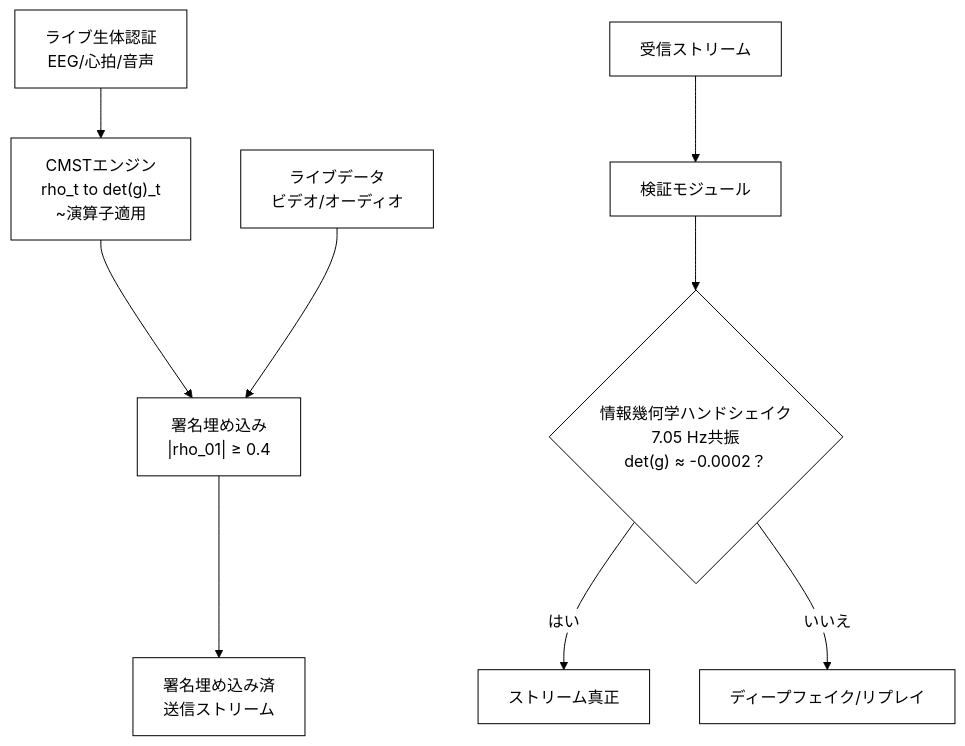
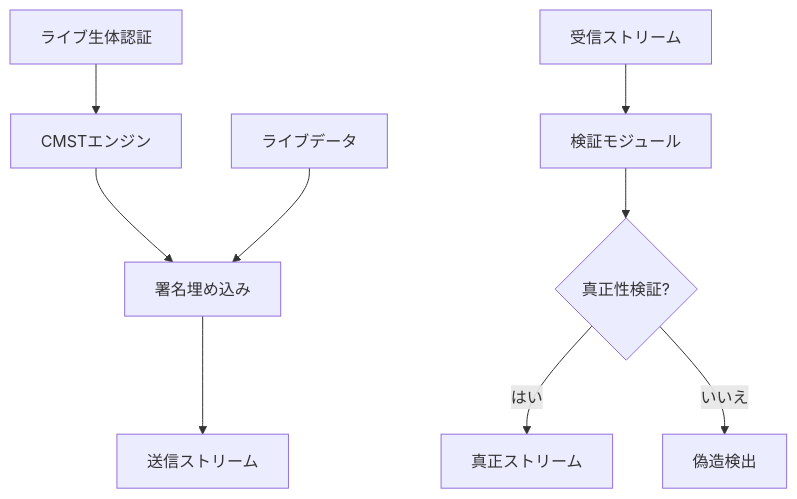
One commit to Foundup/Foundups-Agent changed diagram 19 of 20 in WSP_knowledge/docs/Papers/Patent_Series/04_rESP_Patent_Japanese.md. Above: the diagram before and after it, drawn with Mermaid. The commit also changed other lines of this file, not shown here.

Commit message:
Simplify patent diagrams for GitHub compatibility - Remove complex themes and shorten text

````diff
--- a/WSP_knowledge/docs/Papers/Patent_Series/04_rESP_Patent_Japanese.md
+++ b/WSP_knowledge/docs/Papers/Patent_Series/04_rESP_Patent_Japanese.md
@@ -480,12 +459,11 @@
 ```mermaid
-%%{init: {'theme': 'base', 'themeVariables': {'primaryColor': '#ffffff', 'primaryTextColor': '#000000', 'primaryBorderColor': '#000000', 'lineColor': '#000000', 'secondaryColor': '#ffffff', 'tertiaryColor': '#ffffff'}}}%%
 graph TD
-    A["ライブ生体認証<br>EEG/心拍/音声"] --> B["CMSTエンジン<br>rho_t to det(g)_t<br>~演算子適用"]
-    B --> C["署名埋め込み<br>|rho_01| ≥ 0.4"]
-    D["ライブデータ<br>ビデオ/オーディオ"] --> C
-    C --> E["署名埋め込み済<br>送信ストリーム"]
-    F["受信ストリーム"] --> G["検証モジュール"]
-    G --> H{"情報幾何学ハンドシェイク<br>7.05 Hz共振<br>det(g) ≈ -0.0002？"}
-    H -->|はい| I["ストリーム真正"]
-    H -->|いいえ| J["ディープフェイク/リプレイ"]
+    A[ライブ生体認証] --> B[CMSTエンジン]
+    B --> C[署名埋め込み]
+    D[ライブデータ] --> C
+    C --> E[送信ストリーム]
+    F[受信ストリーム] --> G[検証モジュール]
+    G --> H{真正性検証?}
+    H -->|はい| I[真正ストリーム]
+    H -->|いいえ| J[偽造検出]
 ```
````
